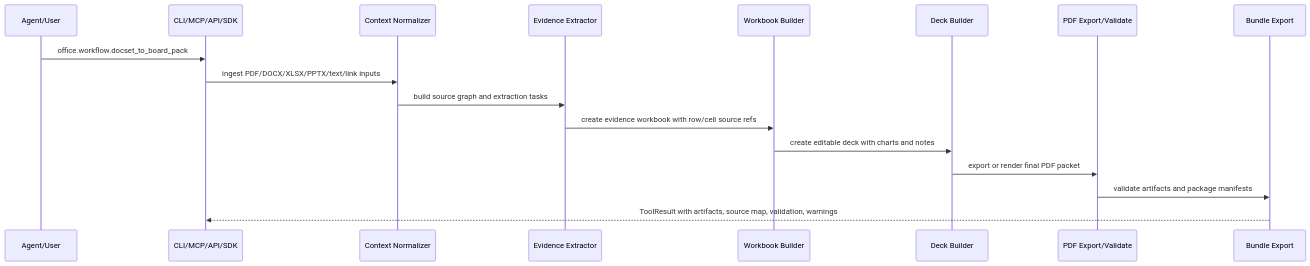
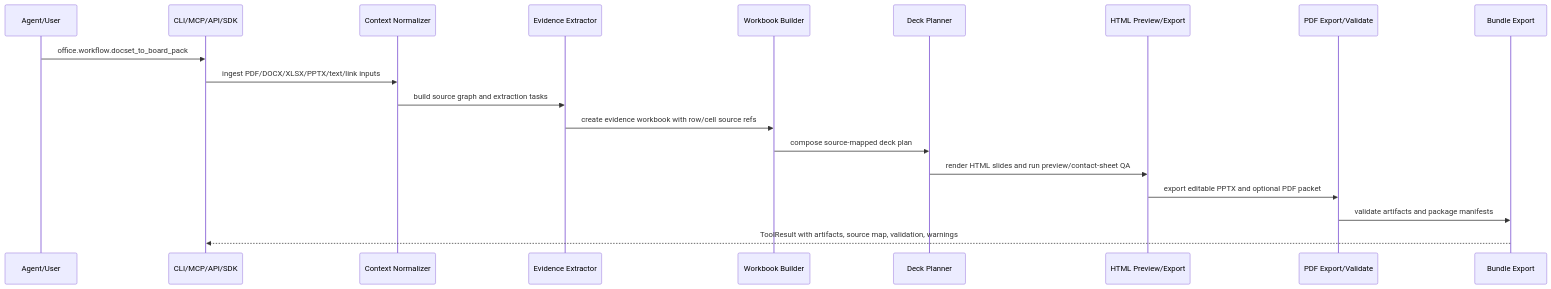
Before and after one commit to tover0314-w/OKoffice: the second of 3 diagrams in docs/03_ARCHITECTURE.md, drawn with Mermaid. The commit also changed other lines of this file and 41 other files, not shown here.

Commit message:
Document taste-driven HTML deck pipeline

````diff
--- a/docs/03_ARCHITECTURE.md
+++ b/docs/03_ARCHITECTURE.md
@@ -89,20 +89,22 @@
 ```mermaid
 sequenceDiagram
   participant User as Agent/User
   participant API as CLI/MCP/API/SDK
   participant Context as Context Normalizer
   participant Evidence as Evidence Extractor
   participant Sheet as Workbook Builder
-  participant Deck as Deck Builder
+  participant Deck as Deck Planner
+  participant Preview as HTML Preview/Export
   participant PDF as PDF Export/Validate
   participant Bundle as Bundle Export
 
   User->>API: office.workflow.docset_to_board_pack
   API->>Context: ingest PDF/DOCX/XLSX/PPTX/text/link inputs
   Context->>Evidence: build source graph and extraction tasks
   Evidence->>Sheet: create evidence workbook with row/cell source refs
-  Sheet->>Deck: create editable deck with charts and notes
-  Deck->>PDF: export or render final PDF packet
+  Sheet->>Deck: compose source-mapped deck plan
+  Deck->>Preview: render HTML slides and run preview/contact-sheet QA
+  Preview->>PDF: export editable PPTX and optional PDF packet
   PDF->>Bundle: validate artifacts and package manifests
   Bundle-->>API: ToolResult with artifacts, source map, validation, warnings
 ```
````
